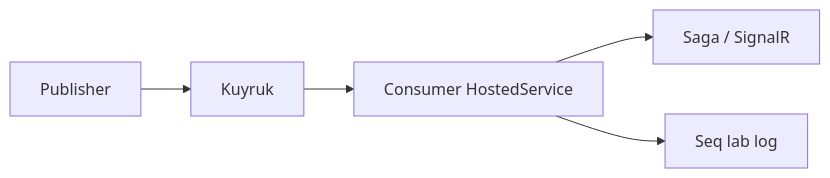
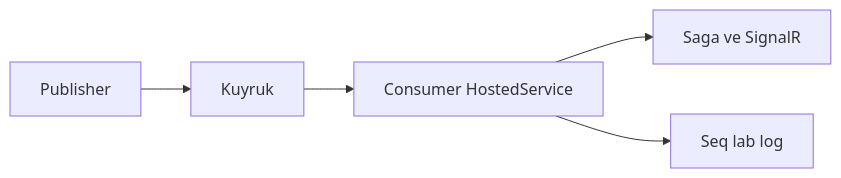
The first of 2 diagrams in docs/learning/tr/13-rabbitmq.md (fdeniz07/BankApp), drawn with Mermaid before and after one commit. The commit also changed other lines of this file and 105 other files, not shown here.

First line of the commit message:
doc: Enrich learning chapters with labs, pitfalls, and safe Mermaid

````diff
--- a/docs/learning/tr/13-rabbitmq.md
+++ b/docs/learning/tr/13-rabbitmq.md
@@ -12,7 +14,7 @@
 ```mermaid
 flowchart LR
-  PUB[Publisher] --> Q[Kuyruk]
-  Q --> CON[Consumer HostedService]
-  CON --> SAGA[Saga / SignalR]
-  CON --> SEQ[Seq lab log]
+  PUB["Publisher"] --> Q["Kuyruk"]
+  Q --> CON["Consumer HostedService"]
+  CON --> SAGA["Saga ve SignalR"]
+  CON --> SEQ["Seq lab log"]
 ```
````
